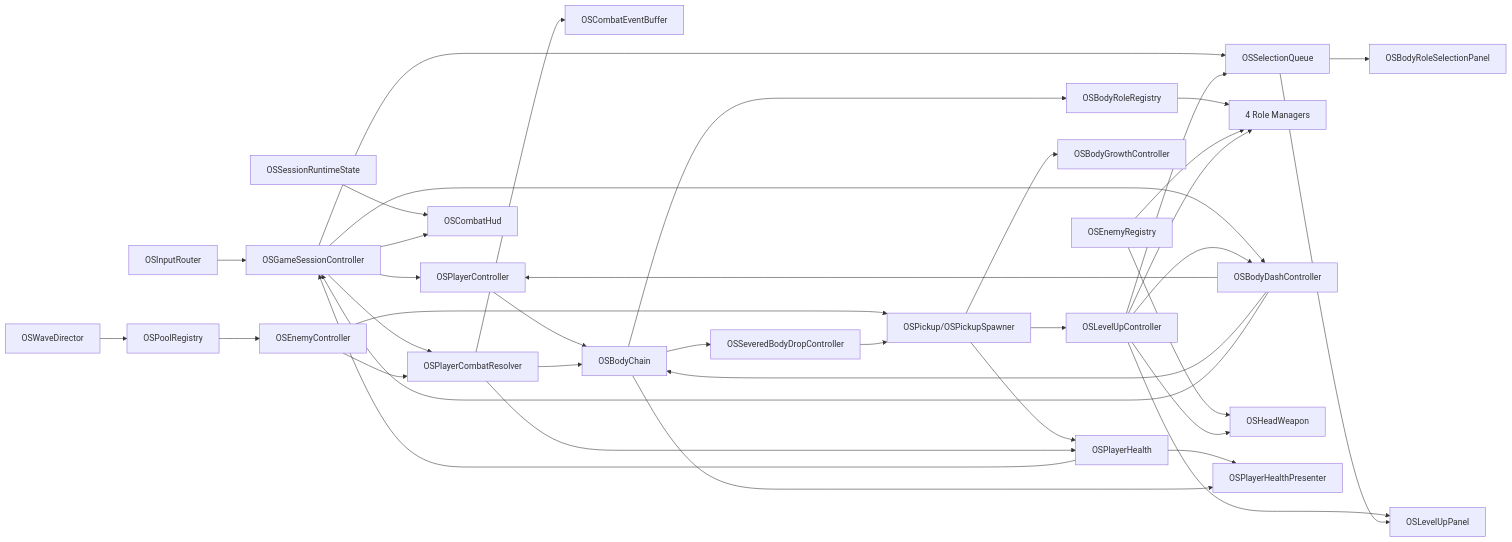
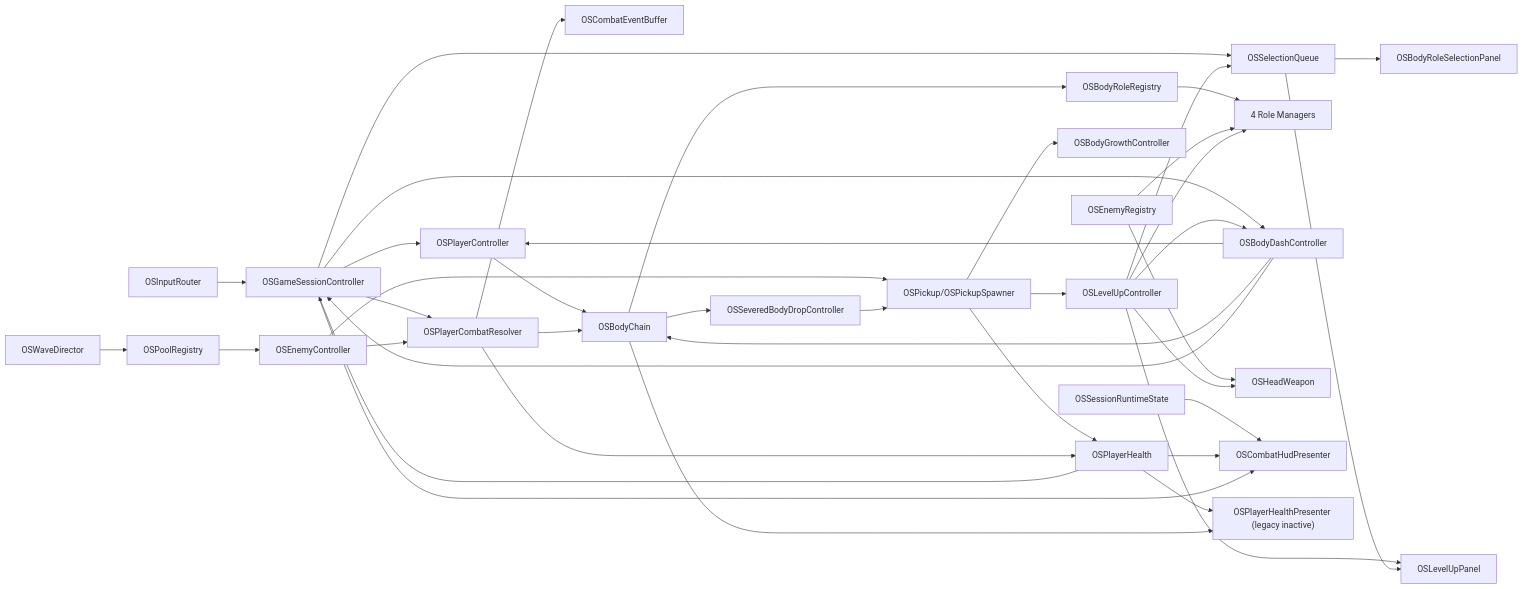
One commit to WackyGameStudio/Ouroboros changed the diagram in docs/OUROBOROS_SWARM_Unity_설계서.md. Above: the diagram before and after it, drawn with Mermaid. The commit also changed other lines of this file and 8 other files, not shown here.

````diff
--- a/docs/OUROBOROS_SWARM_Unity_설계서.md
+++ b/docs/OUROBOROS_SWARM_Unity_설계서.md
@@ -1058,40 +1058,41 @@
 ```mermaid
 flowchart LR
     Input[OSInputRouter] --> Session[OSGameSessionController]
     Session --> Player[OSPlayerController]
     Session --> Resolver[OSPlayerCombatResolver]
     Resolver --> Buffer[OSCombatEventBuffer]
     Session --> Queue[OSSelectionQueue]
     Player --> Chain[OSBodyChain]
     Chain --> RoleRegistry[OSBodyRoleRegistry]
     RoleRegistry --> Roles[4 Role Managers]
     Session --> Dash[OSBodyDashController]
     Dash --> Player
     Dash --> Chain
     Registry[OSEnemyRegistry] --> Head[OSHeadWeapon]
     Registry --> Roles
     Wave[OSWaveDirector] --> Pool[OSPoolRegistry]
     Pool --> Enemy[OSEnemyController]
     Enemy --> Resolver
     Enemy --> Pickup[OSPickup/OSPickupSpawner]
     Chain --> Severed[OSSeveredBodyDropController]
     Severed --> Pickup
     Pickup --> Growth[OSBodyGrowthController]
     Pickup --> Level[OSLevelUpController]
     Pickup --> Health
     Level --> Queue
     Level --> Head
     Level --> Roles
     Level --> Dash
     Level --> LevelUI
     Resolver --> Health[OSPlayerHealth]
     Resolver --> Chain
     Dash --> Session
     Health --> Session
-    Runtime[OSSessionRuntimeState] --> HUD[OSCombatHud]
-    Health --> HealthHUD[OSPlayerHealthPresenter]
+    Runtime[OSSessionRuntimeState] --> HUD[OSCombatHudPresenter]
+    Health --> HUD
+    Health --> HealthHUD["OSPlayerHealthPresenter (legacy inactive)"]
     Chain --> HealthHUD
     Session --> HUD
     Queue --> BodyUI[OSBodyRoleSelectionPanel]
     Queue --> LevelUI[OSLevelUpPanel]
 ```
````
